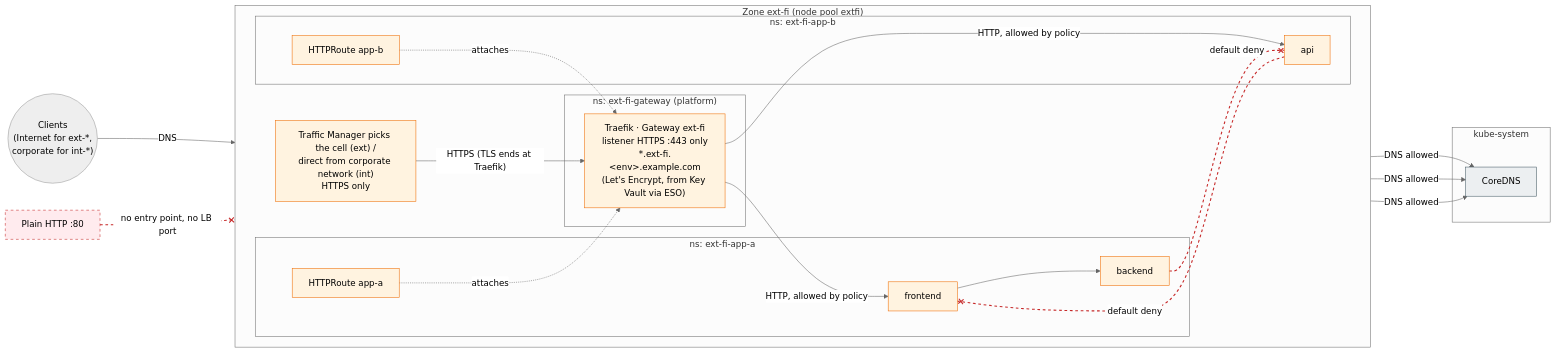
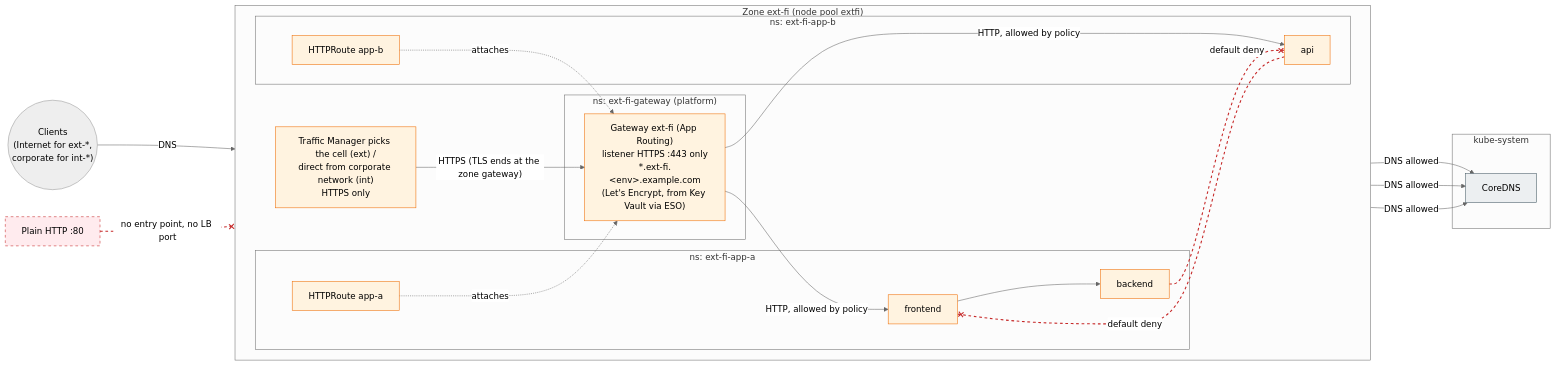
The diagram in diagrams/07-namespace-tenancy.mmd (onek8s/onek8s.github.io), drawn with Mermaid (neutral theme) before and after one commit. The commit also changed 37 other files, not shown here.

First line of the commit message:
App Routing's Gateway API (approuting-istio) instead of Traefik (#25)

```diff
--- a/diagrams/07-namespace-tenancy.mmd
+++ b/diagrams/07-namespace-tenancy.mmd
@@ -1,44 +1,44 @@
 %% Application multi-tenancy inside one zone of a stateless cluster: namespace per application, default-deny
-%% network policies, Traefik as the zone's Gateway API implementation (HTTPS only).
+%% network policies, AKS App Routing (approuting-istio) as the zone's Gateway API implementation (HTTPS only).
 flowchart LR
     client(("Clients<br/>(Internet for ext-*,<br/>corporate for int-*)"))
 
     subgraph ZONE["Zone ext-fi (node pool extfi)"]
         direction LR
         appgw["Traffic Manager picks the cell (ext) /<br/>direct from corporate network (int)<br/>HTTPS only"]
         subgraph ING["ns: ext-fi-gateway (platform)"]
-            ic["Traefik · Gateway ext-fi<br/>listener HTTPS :443 only<br/>*.ext-fi.&lt;env&gt;.example.com<br/>(Let's Encrypt, from Key Vault via ESO)"]
+            ic["Gateway ext-fi (App Routing)<br/>listener HTTPS :443 only<br/>*.ext-fi.&lt;env&gt;.example.com<br/>(Let's Encrypt, from Key Vault via ESO)"]
         end
         subgraph A["ns: ext-fi-app-a"]
             ra["HTTPRoute app-a"]
             a1["frontend"] --> a2["backend"]
         end
         subgraph B["ns: ext-fi-app-b"]
             rb["HTTPRoute app-b"]
             b1["api"]
         end
     end
 
     subgraph SYS["kube-system"]
         dns["CoreDNS"]
     end
 
     http["Plain HTTP :80"]:::off
 
-    client -->|"DNS"| appgw -->|"HTTPS (TLS ends at Traefik)"| ic
+    client -->|"DNS"| appgw -->|"HTTPS (TLS ends at the zone gateway)"| ic
     ic -->|"HTTP, allowed by policy"| a1
     ic -->|"HTTP, allowed by policy"| b1
     a1 & a2 & b1 -->|"DNS allowed"| dns
     a2 -.-x|"default deny"| b1
     b1 -.-x|"default deny"| a1
     http -.-x|"no entry point, no LB port"| ic
     ra -.->|"attaches"| ic
     rb -.->|"attaches"| ic
 
     linkStyle 8,9,10 stroke:#c62828,stroke-width:2px,stroke-dasharray:5 5
 
     classDef ext fill:#fff3e0,stroke:#ef6c00,color:#000
     classDef cp fill:#eceff1,stroke:#455a64,color:#000
     classDef off fill:#ffebee,stroke:#c62828,color:#000,stroke-dasharray: 5 5
     class appgw,ic,a1,a2,b1,ra,rb ext
     class dns cp
```
